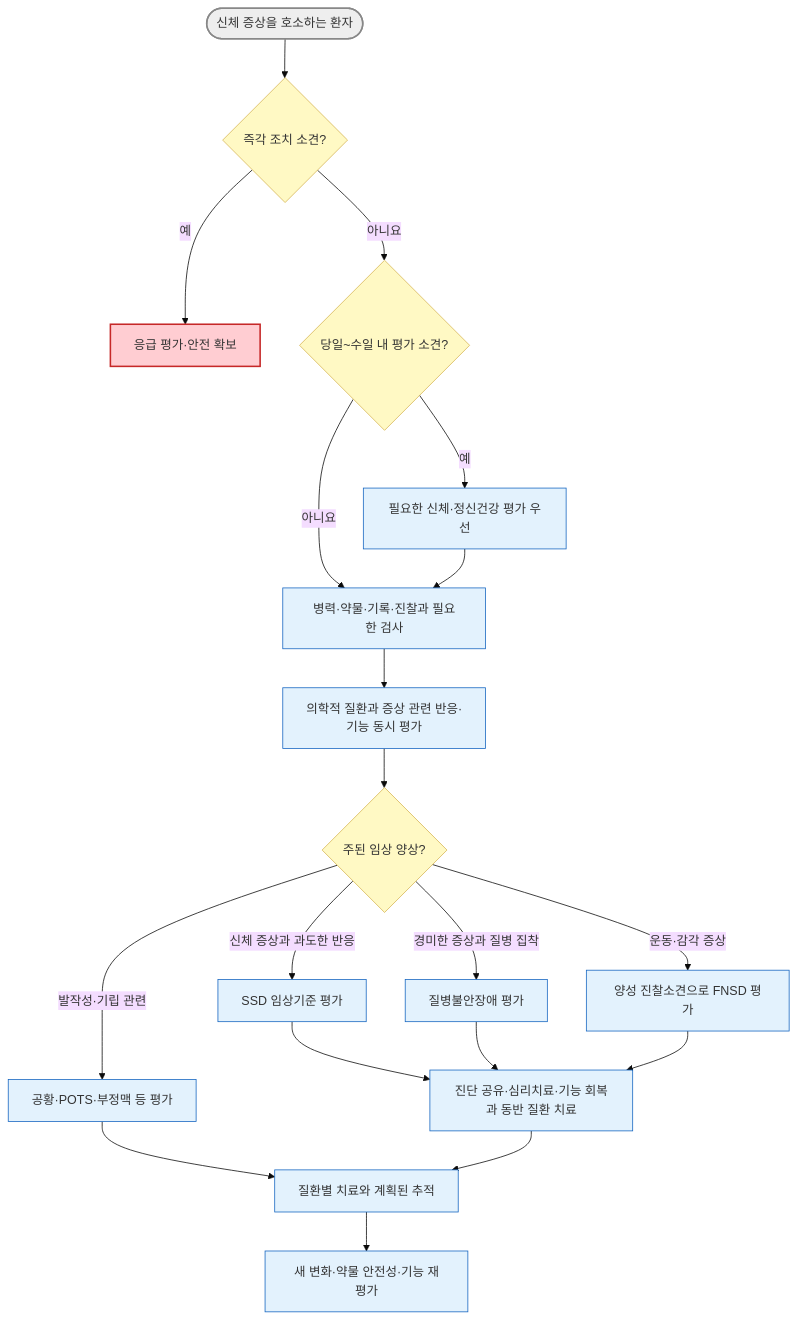
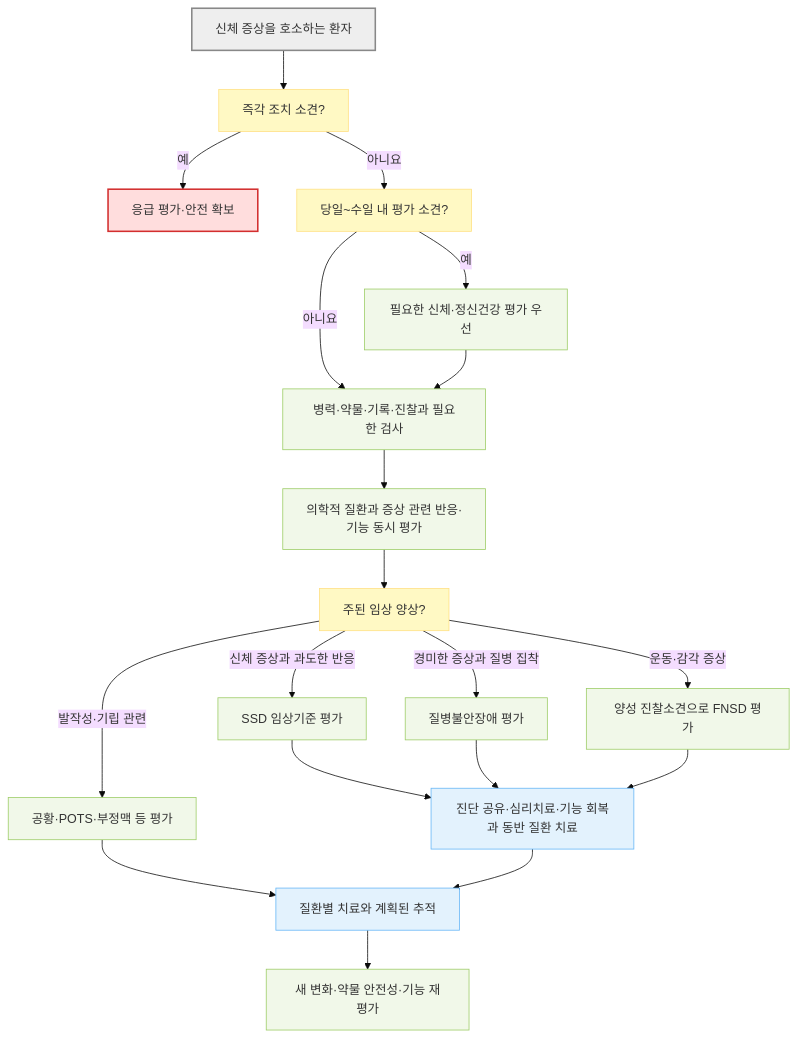
The diagram in 221_/031_-somatic-symptom-disorder.md (familyoh77/familyoh77), drawn with Mermaid (base theme) before and after one commit. The commit also changed 17 other files, not shown here.

````diff
--- a/221_/031_-somatic-symptom-disorder.md
+++ b/221_/031_-somatic-symptom-disorder.md
@@ -395,29 +395,32 @@
 ```mermaid
 flowchart TD
-    S(["신체 증상을 호소하는 환자"]) --> R{"즉각 조치 소견?"}
+    S["신체 증상을 호소하는 환자"] --> R["즉각 조치 소견?"]
     R -- "예" --> E["응급 평가·안전 확보"]
-    R -- "아니요" --> U{"당일~수일 내 평가 소견?"}
+    R -- "아니요" --> U["당일~수일 내 평가 소견?"]
     U -- "예" --> P["필요한 신체·정신건강 평가 우선"]
     U -- "아니요" --> B["병력·약물·기록·진찰과 필요한 검사"]
     P --> B
     B --> D["의학적 질환과 증상 관련 반응·기능 동시 평가"]
-    D --> Q{"주된 임상 양상?"}
+    D --> Q["주된 임상 양상?"]
     Q -- "신체 증상과 과도한 반응" --> SSD["SSD 임상기준 평가"]
     Q -- "경미한 증상과 질병 집착" --> IAD["질병불안장애 평가"]
     Q -- "운동·감각 증상" --> FND["양성 진찰소견으로 FNSD 평가"]
     Q -- "발작성·기립 관련" --> O["공황·POTS·부정맥 등 평가"]
     SSD --> T["진단 공유·심리치료·기능 회복과 동반 질환 치료"]
     IAD --> T
     FND --> T
     O --> F["질환별 치료와 계획된 추적"]
     T --> F
     F --> X["새 변화·약물 안전성·기능 재평가"]
-    classDef start fill:#eee,stroke:#888,stroke-width:2px
-    classDef decision fill:#fff9c4,stroke:#d6b656
-    classDef emergency fill:#ffcdd2,stroke:#c62828,stroke-width:2px
-    classDef treatment fill:#e3f2fd,stroke:#1565c0
+
+    classDef start fill:#eeeeee,stroke:#888888,stroke-width:2px
+    classDef question fill:#fff9c4,stroke:#ffe082
+    classDef emergency fill:#ffdddd,stroke:#d32f2f,stroke-width:2px
+    classDef evaluation fill:#f1f8e9,stroke:#9ccc65
+    classDef treatment fill:#e3f2fd,stroke:#64b5f6
     class S start
-    class R,U,Q decision
+    class R,U,Q question
     class E emergency
-    class P,B,D,SSD,IAD,FND,O,T,F,X treatment
+    class P,B,D,SSD,IAD,FND,O,X evaluation
+    class T,F treatment
 ```
````
